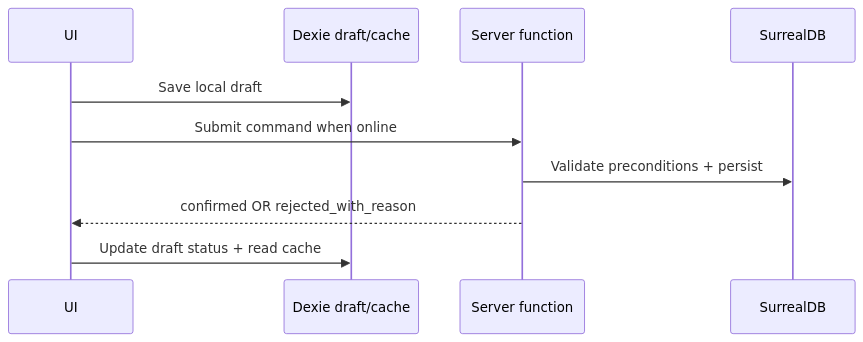
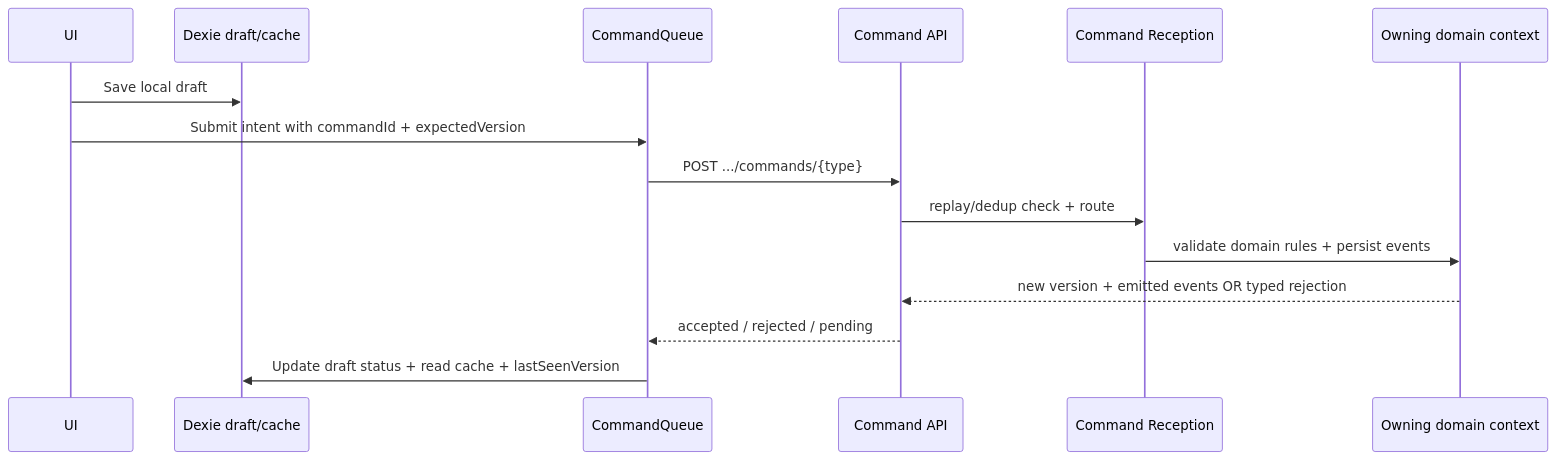
The diagram in docs/30-Implementation/hybrid-online-pwa-strategy.md (EtroxTaran/klubhaus-elf), drawn with Mermaid before and after one commit. The commit also changed other lines of this file and 15 other files, not shown here.

First line of the commit message:
[FMX-165] Propagate ADR-0090 command queue seam (#224)

````diff
--- a/docs/30-Implementation/hybrid-online-pwa-strategy.md
+++ b/docs/30-Implementation/hybrid-online-pwa-strategy.md
@@ -47,12 +54,17 @@
 ```mermaid
 sequenceDiagram
   participant UI as UI
   participant IDB as Dexie draft/cache
-  participant SF as Server function
-  participant DB as SurrealDB
+  participant CQ as CommandQueue
+  participant API as Command API
+  participant CR as Command Reception
+  participant CTX as Owning domain context
   UI->>IDB: Save local draft
-  UI->>SF: Submit command when online
-  SF->>DB: Validate preconditions + persist
-  SF-->>UI: confirmed OR rejected_with_reason
-  UI->>IDB: Update draft status + read cache
+  UI->>CQ: Submit intent with commandId + expectedVersion
+  CQ->>API: POST .../commands/{type}
+  API->>CR: replay/dedup check + route
+  CR->>CTX: validate domain rules + persist events
+  CTX-->>API: new version + emitted events OR typed rejection
+  API-->>CQ: accepted / rejected / pending
+  CQ->>IDB: Update draft status + read cache + lastSeenVersion
 ```
````
